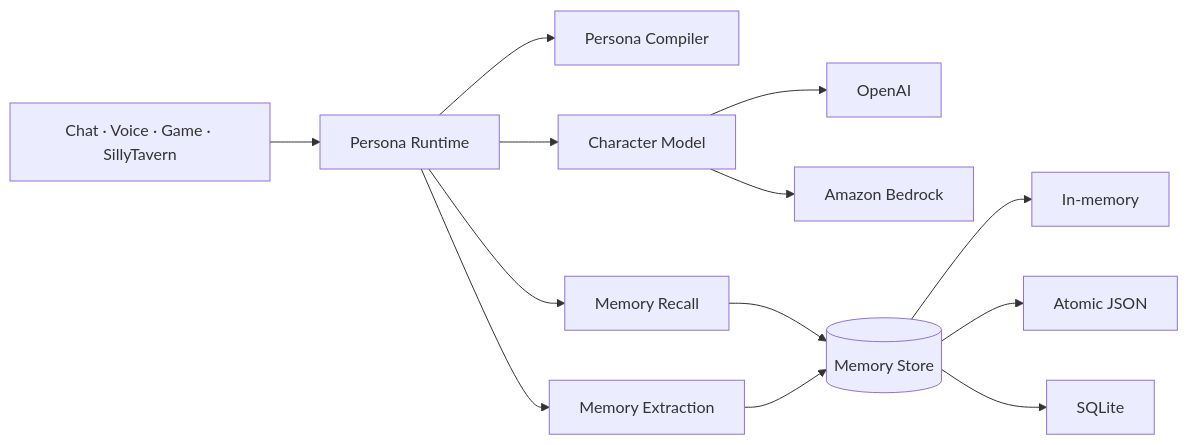
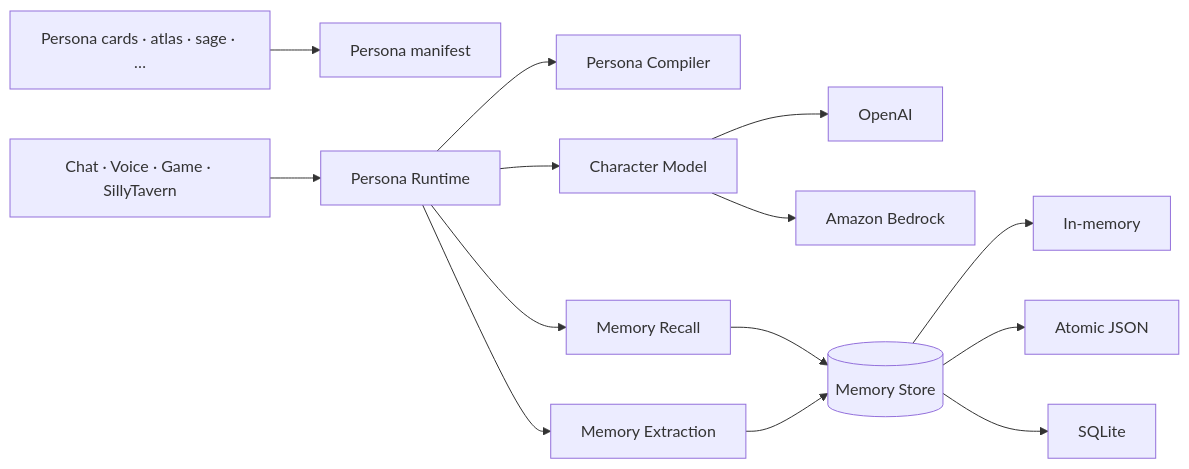
The diagram in README.md (tavern-labs-ai/persona-ai-sdk), drawn with Mermaid before and after one commit. The commit also changed other lines of this file, not shown here.

````diff
--- a/README.md
+++ b/README.md
@@ -73,15 +69,16 @@
 ```mermaid
 flowchart LR
-    UI[Chat · Voice · Game · SillyTavern] --> API[Persona Runtime]
-    API --> Compiler[Persona Compiler]
-    API --> Recall[Memory Recall]
-    API --> Model[Character Model]
+    Cards[Persona cards · atlas · sage · …] --> Manifest[Persona manifest]
+    UI[Chat · Voice · Game · SillyTavern] --> Runtime[Persona Runtime]
+    Runtime --> Compiler[Persona Compiler]
+    Runtime --> Recall[Memory Recall]
+    Runtime --> Model[Character Model]
     Model --> OA[OpenAI]
     Model --> BR[Amazon Bedrock]
     Recall --> Store[(Memory Store)]
-    API --> Ingest[Memory Extraction]
+    Runtime --> Ingest[Memory Extraction]
     Ingest --> Store
     Store --> MEM[In-memory]
     Store --> JSON[Atomic JSON]
     Store --> SQL[SQLite]
 ```
````
